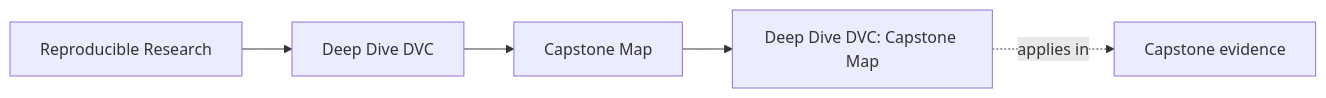
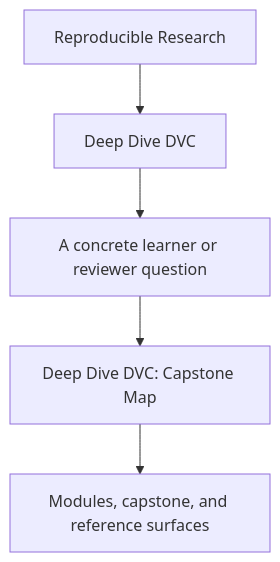
The first of 2 diagrams in programs/reproducible-research/deep-dive-dvc/course-book/guides/capstone-map.md (bijux/bijux-masterclass), drawn with Mermaid before and after one commit. The commit also changed other lines of this file and 31 other files, not shown here.

Commit message:
docs(deep-dive-dvc): sharpen guide and reference diagrams

````diff
--- a/programs/reproducible-research/deep-dive-dvc/course-book/guides/capstone-map.md
+++ b/programs/reproducible-research/deep-dive-dvc/course-book/guides/capstone-map.md
@@ -9,11 +9,7 @@
 ```mermaid
-graph LR
-  family["Reproducible Research"]
-  program["Deep Dive DVC"]
-  section["Capstone Map"]
-  page["Deep Dive DVC: Capstone Map"]
-  capstone["Capstone evidence"]
-
-  family --> program --> section --> page
-  page -.applies in.-> capstone
+flowchart TD
+  family["Reproducible Research"] --> program["Deep Dive DVC"]
+  program --> pressure["A concrete learner or reviewer question"]
+  pressure --> guide["Deep Dive DVC: Capstone Map"]
+  guide --> next["Modules, capstone, and reference surfaces"]
 ```
````
